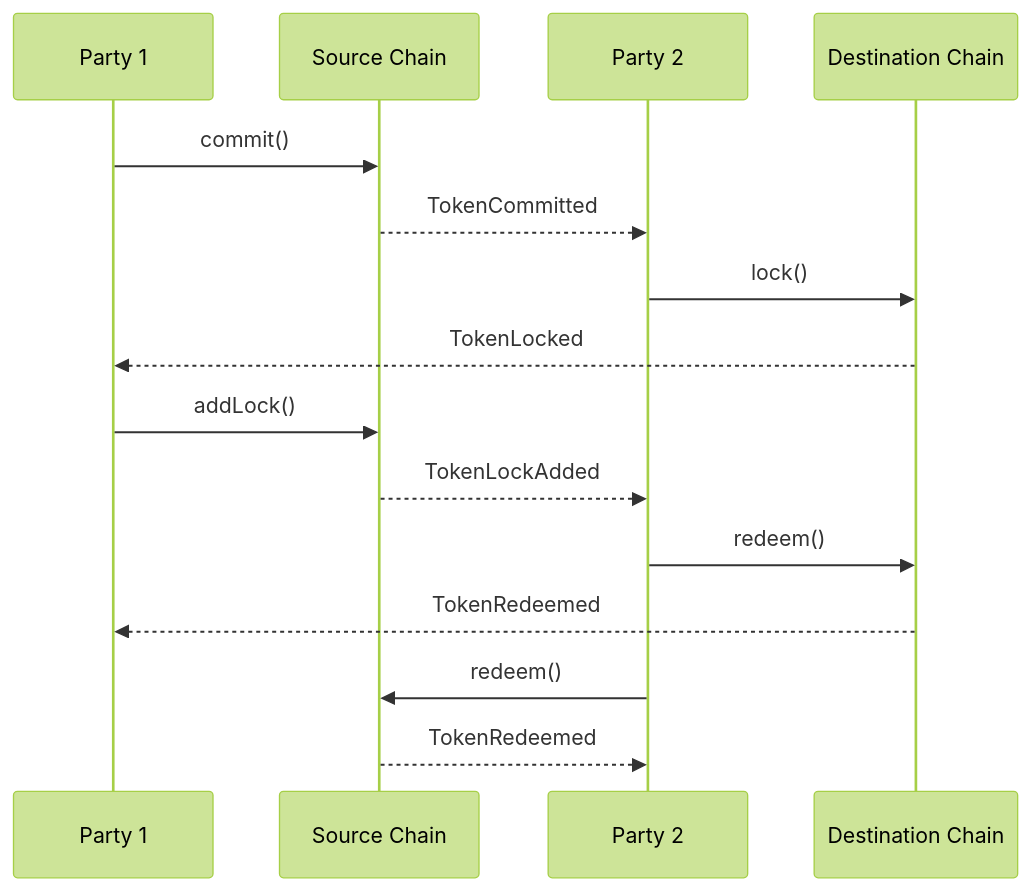
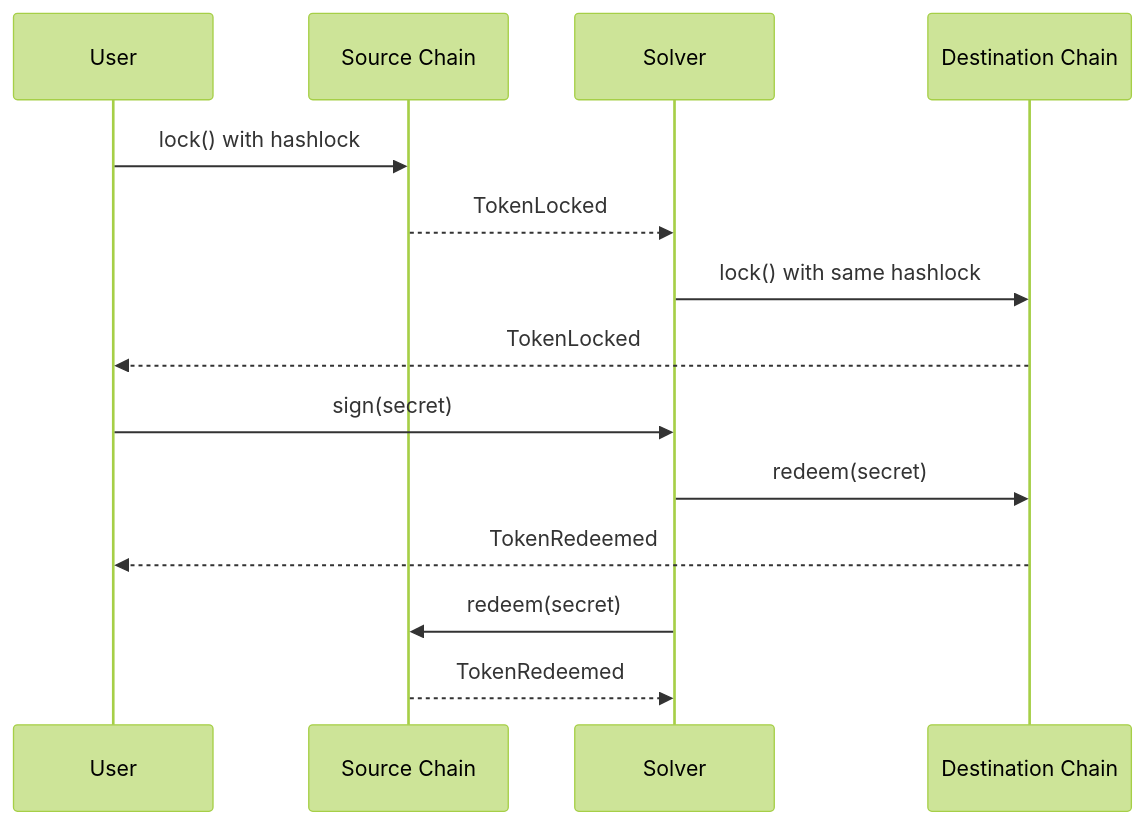
Before and after one commit to TrainProtocol/docs: the first of 2 diagrams in protocol-spec/model.mdx, drawn with Mermaid (forest theme). The commit also changed other lines of this file and 9 other files, not shown here.

````diff
--- a/protocol-spec/model.mdx
+++ b/protocol-spec/model.mdx
@@ -34,18 +31,17 @@
 ```mermaid
 sequenceDiagram
-    participant P1 as Party 1
+    participant User
     participant SC as Source Chain
-    participant P2 as Party 2
+    participant Solver
     participant DC as Destination Chain
     
-    P1->>SC: commit()
-    SC-->>P2: TokenCommitted
-    P2->>DC: lock()
-    DC-->>P1: TokenLocked
-    P1->>SC: addLock()
-    SC-->>P2: TokenLockAdded
-    P2->>DC: redeem()
-    DC-->>P1: TokenRedeemed
-    P2->>SC: redeem()
-    SC-->>P2: TokenRedeemed
+    User->>SC: lock() with hashlock
+    SC-->>Solver: TokenLocked
+    Solver->>DC: lock() with same hashlock
+    DC-->>User: TokenLocked
+    User->>Solver: sign(secret)
+    Solver->>DC: redeem(secret)
+    DC-->>User: TokenRedeemed
+    Solver->>SC: redeem(secret)
+    SC-->>Solver: TokenRedeemed
 ```
````
